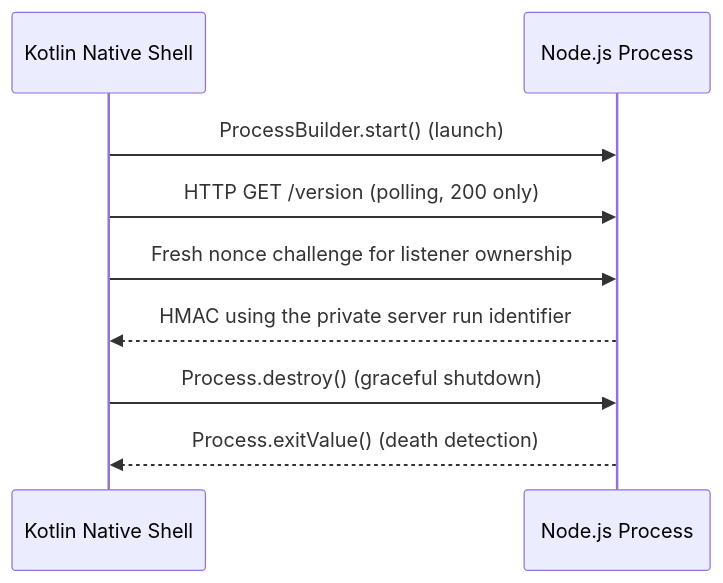
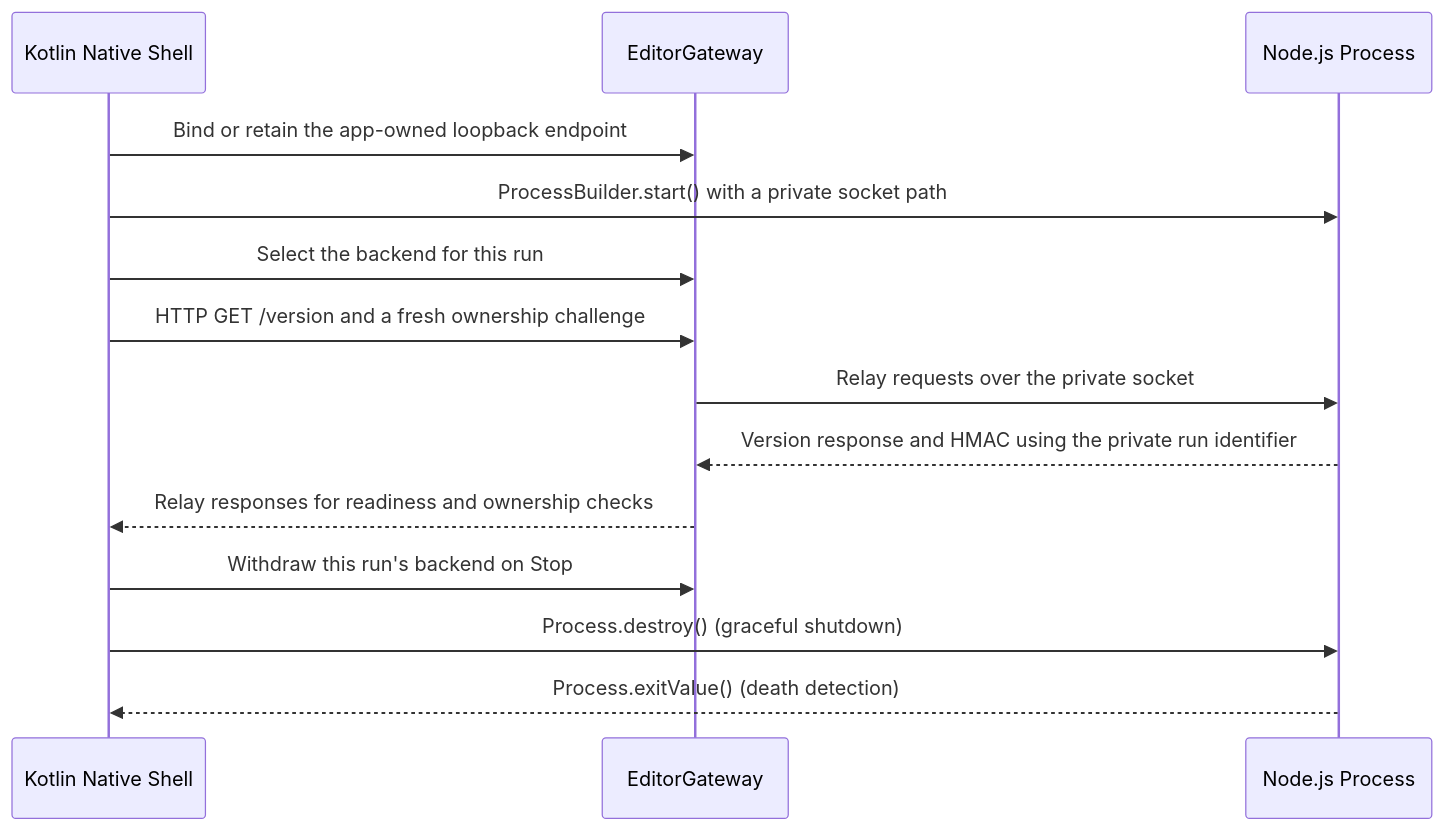
Before and after one commit to rmyndharis/VSCodroid: the seventh of 12 diagrams in docs/03-ARCHITECTURE.md, drawn with Mermaid. The commit also changed other lines of this file and 221 other files, not shown here.

````diff
--- a/docs/03-ARCHITECTURE.md
+++ b/docs/03-ARCHITECTURE.md
@@ -383,11 +391,16 @@
 ```mermaid
 sequenceDiagram
   participant K as Kotlin Native Shell
+  participant G as EditorGateway
   participant N as Node.js Process
-  K->>N: ProcessBuilder.start() (launch)
-  K->>N: HTTP GET /version (polling, 200 only)
-  K->>N: Fresh nonce challenge for listener ownership
-  N-->>K: HMAC using the private server run identifier
+  K->>G: Bind or retain the app-owned loopback endpoint
+  K->>N: ProcessBuilder.start() with a private socket path
+  K->>G: Select the backend for this run
+  K->>G: HTTP GET /version and a fresh ownership challenge
+  G->>N: Relay requests over the private socket
+  N-->>G: Version response and HMAC using the private run identifier
+  G-->>K: Relay responses for readiness and ownership checks
+  K->>G: Withdraw this run's backend on Stop
   K->>N: Process.destroy() (graceful shutdown)
   N-->>K: Process.exitValue() (death detection)
 ```
````
